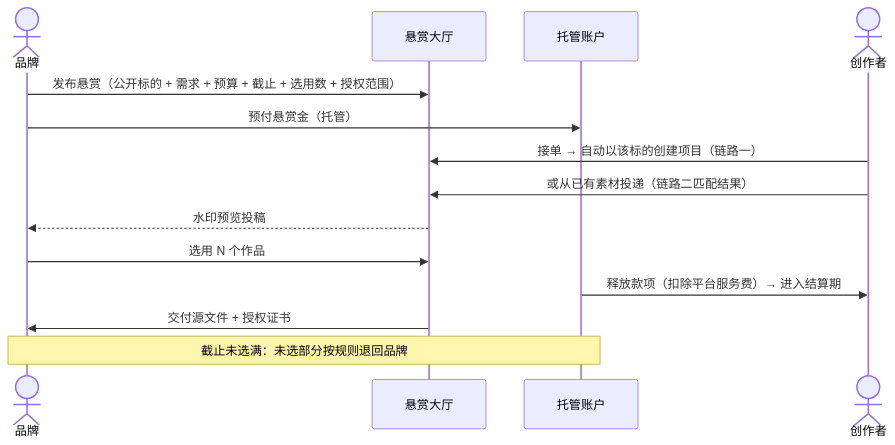
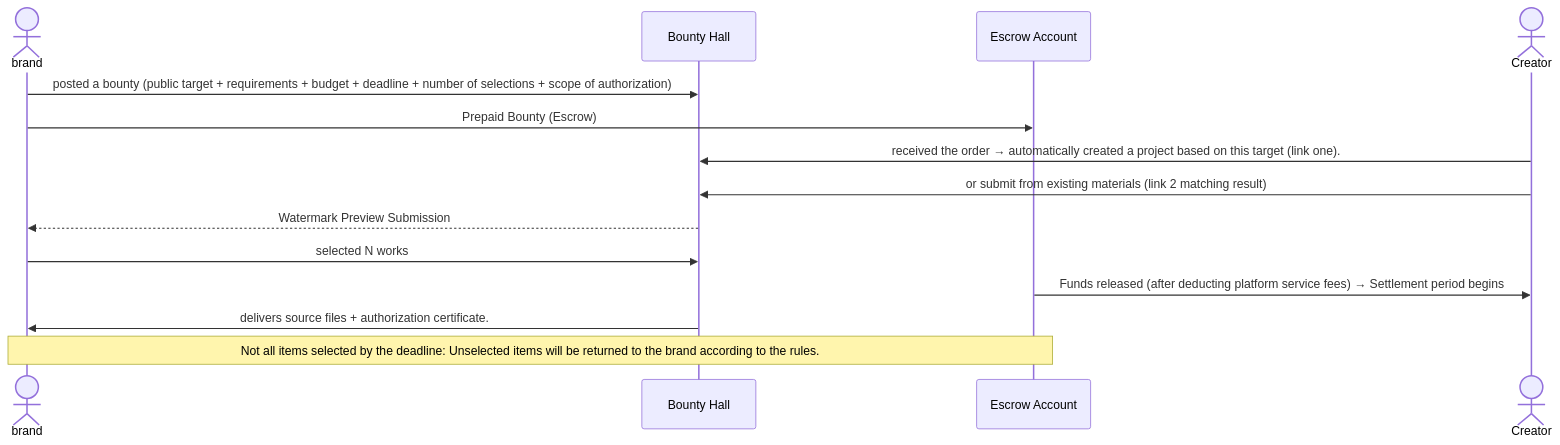
One commit to Runqi518/SPARKLE-AI---Your-Creativity-Deserves-a-Market changed diagram 14 of 17 in docs/prd.md. Above: the diagram before and after it, drawn with Mermaid. The commit also changed other lines of this file and 60 other files, not shown here.

````diff
--- a/docs/prd.md
+++ b/docs/prd.md
@@ -1407,16 +1381,16 @@
 ```mermaid
 sequenceDiagram
-    actor B as 品牌
-    participant H as 悬赏大厅
-    participant E as 托管账户
-    actor C as 创作者
-    B->>H: 发布悬赏（公开标的 + 需求 + 预算 + 截止 + 选用数 + 授权范围）
-    B->>E: 预付悬赏金（托管）
-    C->>H: 接单 → 自动以该标的创建项目（链路一）
-    C->>H: 或从已有素材投递（链路二匹配结果）
-    H-->>B: 水印预览投稿
-    B->>H: 选用 N 个作品
-    E->>C: 释放款项（扣除平台服务费）→ 进入结算期
-    H->>B: 交付源文件 + 授权证书
-    Note over B,E: 截止未选满：未选部分按规则退回品牌
+    actor B as brand
+    participant H as Bounty Hall
+    participant E as Escrow Account
+    actor C as Creator
+    B->>H: posted a bounty (public target + requirements + budget + deadline + number of selections + scope of authorization)
+    B->>E: Prepaid Bounty (Escrow)
+    C->>H: received the order → automatically created a project based on this target (link one).
+    C->>H: or submit from existing materials (link 2 matching result)
+    H-->>B: Watermark Preview Submission
+    B->>H: selected N works
+    E->>C: Funds released (after deducting platform service fees) → Settlement period begins
+    H->>B: delivers source files + authorization certificate.
+    Note over B,E: Not all items selected by the deadline: Unselected items will be returned to the brand according to the rules.
 ```
````
